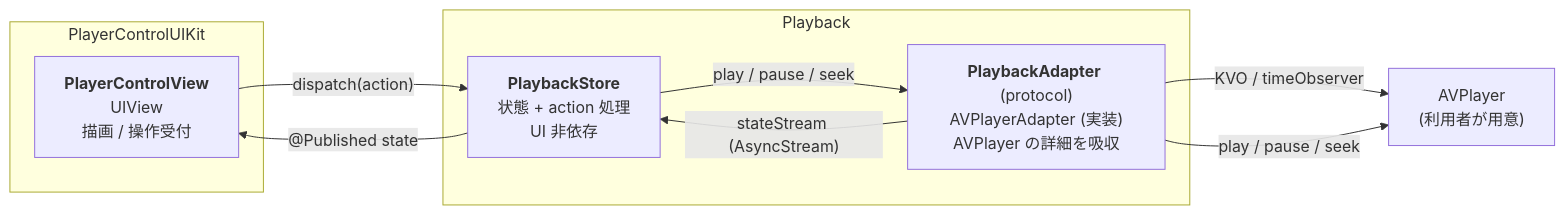
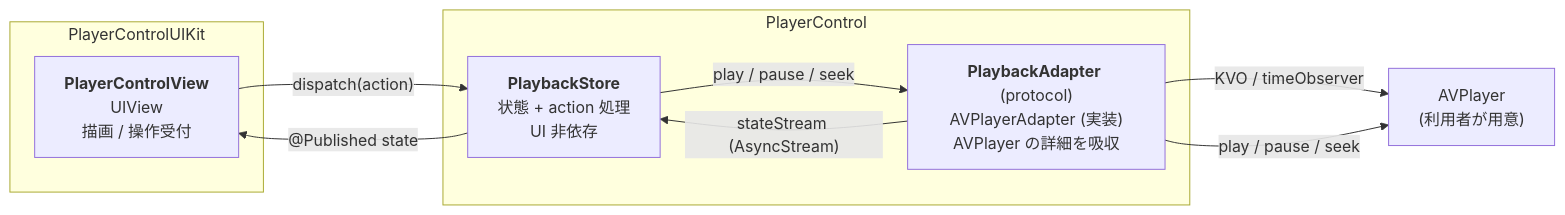
Before and after one commit to FujimoriGit/AVPlayerControlUI: the first of 5 diagrams in DESIGN.md, drawn with Mermaid. The commit also changed other lines of this file and 8 other files, not shown here.

First line of the commit message:
Rename Playback module to PlayerControl

````diff
--- a/DESIGN.md
+++ b/DESIGN.md
@@ -46,18 +46,18 @@
 ```mermaid
 graph LR
     subgraph PlayerControlUIKit
         V["<b>PlayerControlView</b><br/>UIView<br/>描画 / 操作受付"]
     end
-    subgraph Playback
+    subgraph PlayerControl
         S["<b>PlaybackStore</b><br/>状態 + action 処理<br/>UI 非依存"]
         A["<b>PlaybackAdapter</b> (protocol)<br/>AVPlayerAdapter (実装)<br/>AVPlayer の詳細を吸収"]
     end
     P["AVPlayer<br/>(利用者が用意)"]
 
     V -- "dispatch(action)" --> S
     S -- "@Published state" --> V
     S -- "play / pause / seek" --> A
     A -- "stateStream (AsyncStream)" --> S
     A -- "KVO / timeObserver" --> P
     A -- "play / pause / seek" --> P
 ```
````
